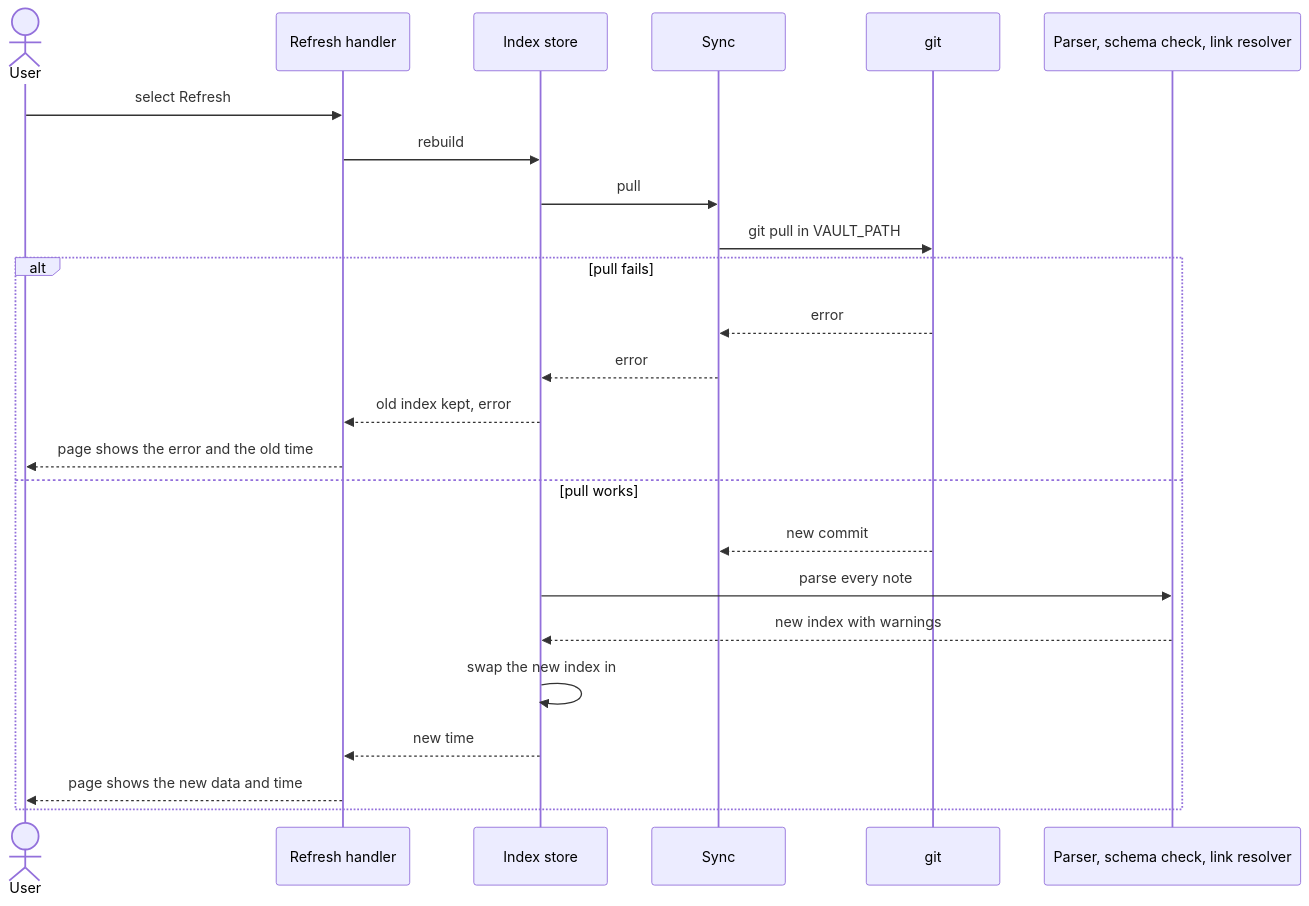
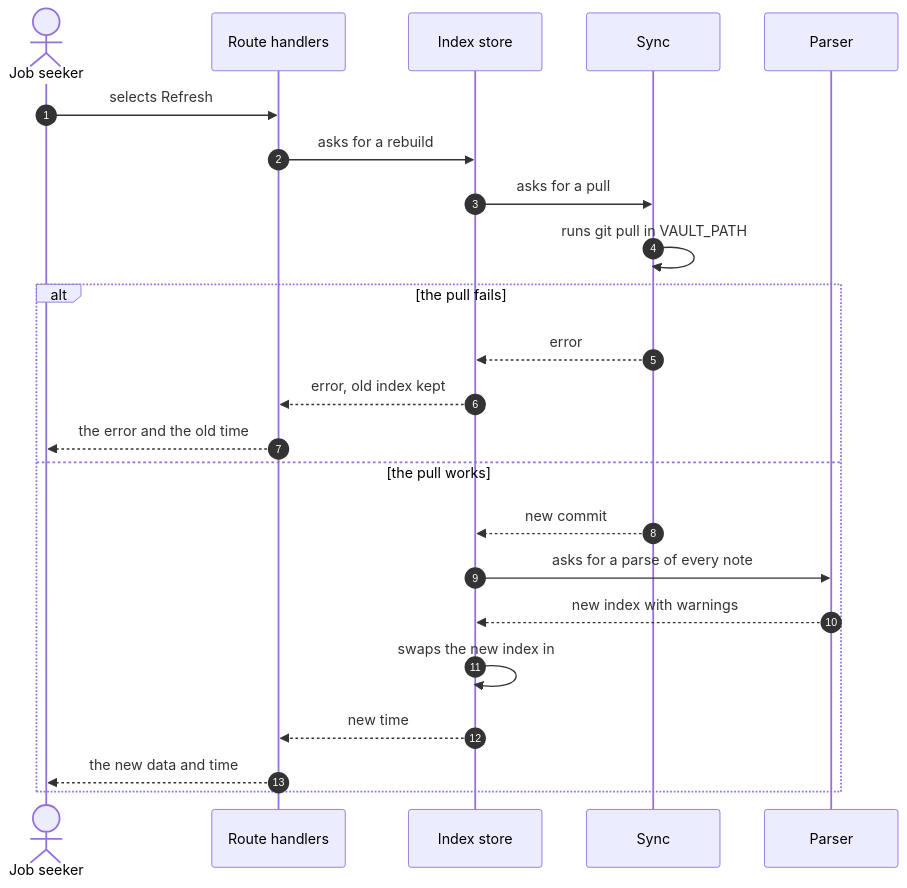
One commit to lyeyixian/job-search-app changed the third of 4 diagrams in docs/architecture/components.md. Above: the diagram before and after it, drawn with Mermaid. The commit also changed other lines of this file and 5 other files, not shown here.

First line of the commit message:
Add a fixed template for each diagram type

````diff
--- a/docs/architecture/components.md
+++ b/docs/architecture/components.md
@@ -69,27 +90,26 @@
 ```mermaid
 sequenceDiagram
-    actor User
-    participant R as Refresh handler
+    autonumber
+    actor User as Job seeker
+    participant R as Route handlers
     participant Store as Index store
     participant Sync
-    participant Git as git
-    participant P as Parser, schema check, link resolver
+    participant P as Parser
 
-    User->>R: select Refresh
-    R->>Store: rebuild
-    Store->>Sync: pull
-    Sync->>Git: git pull in VAULT_PATH
-    alt pull fails
-        Git-->>Sync: error
+    User->>R: selects Refresh
+    R->>Store: asks for a rebuild
+    Store->>Sync: asks for a pull
+    Sync->>Sync: runs git pull in VAULT_PATH
+    alt the pull fails
         Sync-->>Store: error
-        Store-->>R: old index kept, error
-        R-->>User: page shows the error and the old time
-    else pull works
-        Git-->>Sync: new commit
-        Store->>P: parse every note
+        Store-->>R: error, old index kept
+        R-->>User: the error and the old time
+    else the pull works
+        Sync-->>Store: new commit
+        Store->>P: asks for a parse of every note
         P-->>Store: new index with warnings
-        Store->>Store: swap the new index in
+        Store->>Store: swaps the new index in
         Store-->>R: new time
-        R-->>User: page shows the new data and time
+        R-->>User: the new data and time
     end
 ```
````
